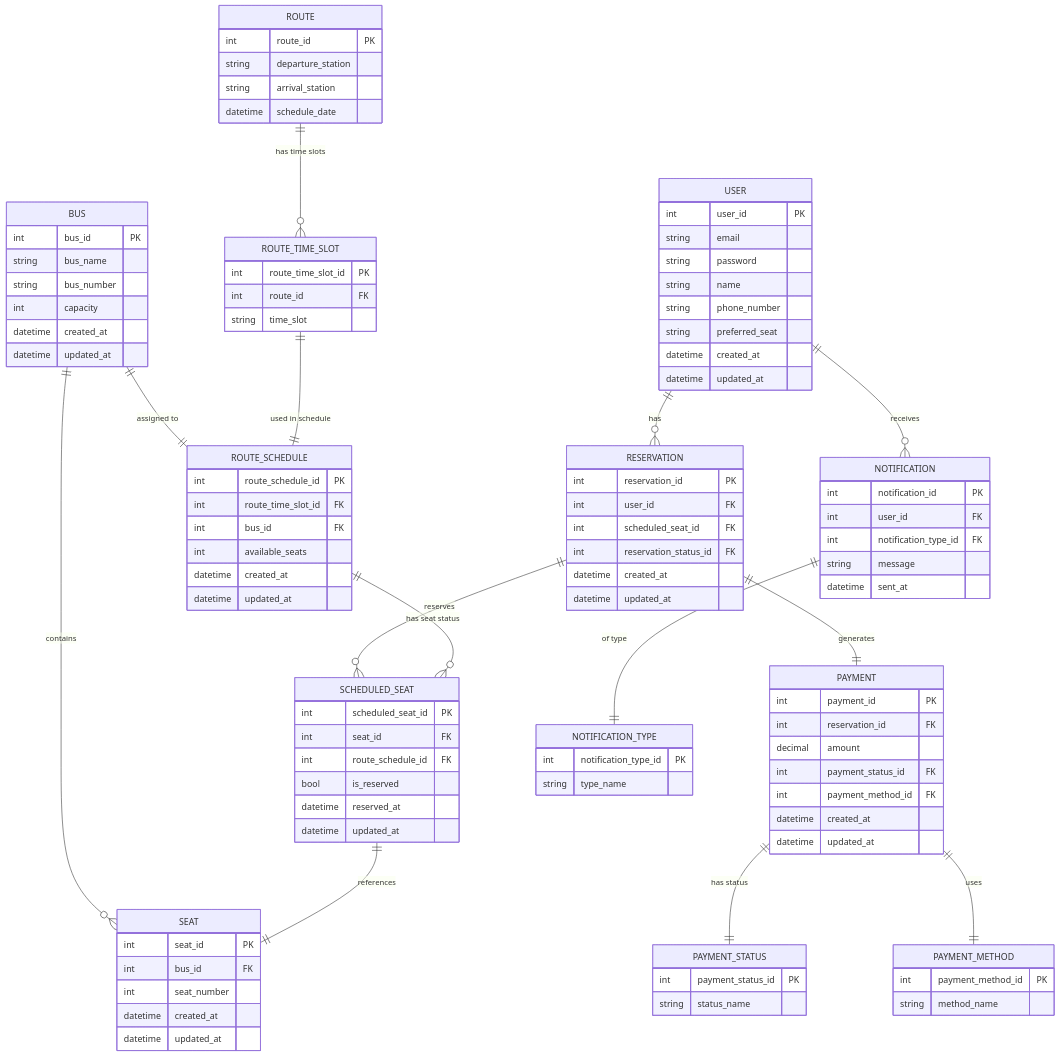
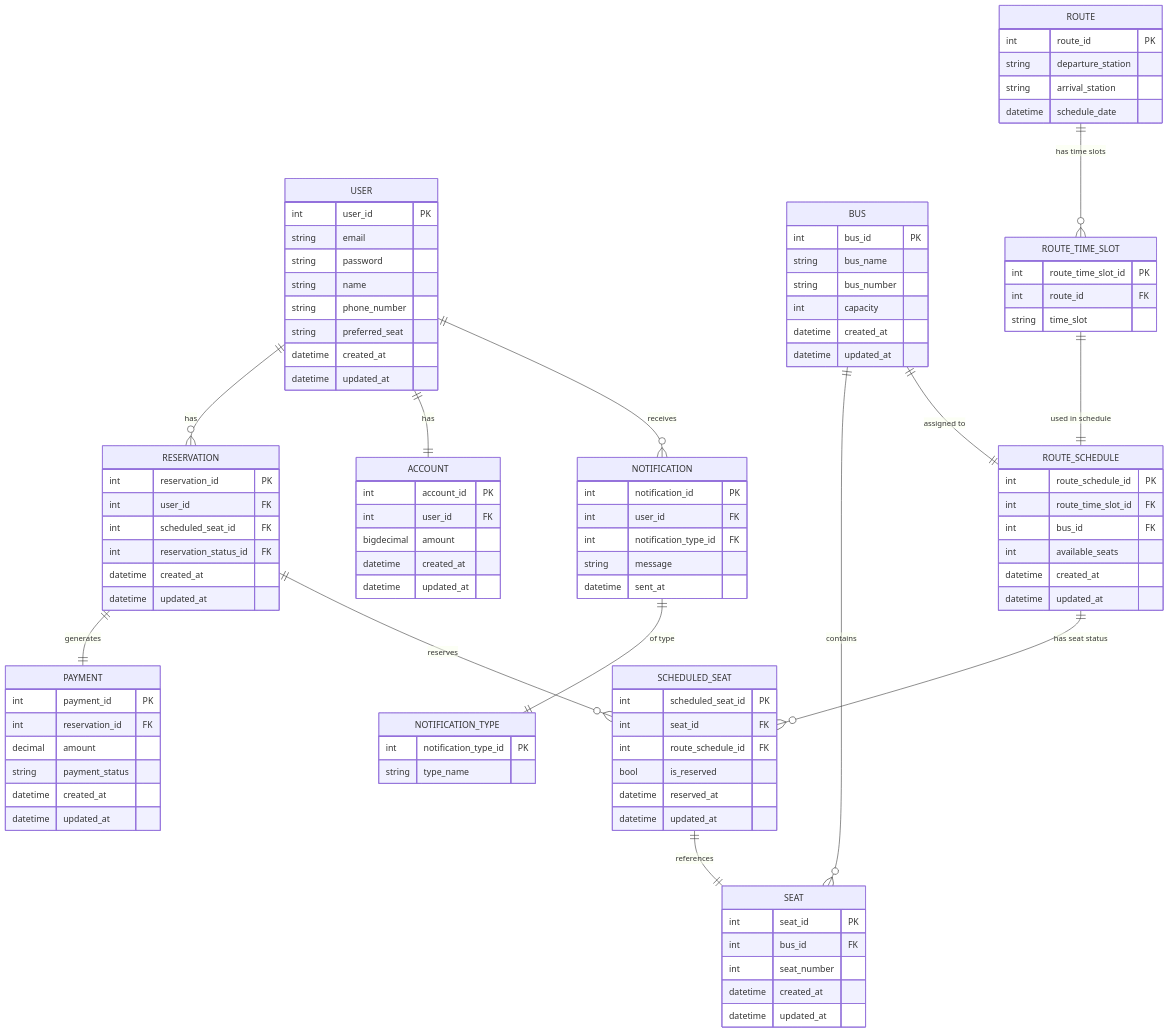
Before and after one commit to hsjni0110/ReservationSystem: the diagram in docs/ERD.md, drawn with Mermaid. The commit also changed 32 other files, not shown here.

```diff
--- a/docs/ERD.md
+++ b/docs/ERD.md
@@ -10,6 +10,14 @@
         string name
         string phone_number
         string preferred_seat
+        datetime created_at
+        datetime updated_at
+    }
+    
+    ACCOUNT {
+        int account_id PK
+        int user_id FK
+        bigdecimal amount
         datetime created_at
         datetime updated_at
     }
@@ -75,20 +83,9 @@
         int payment_id PK
         int reservation_id FK
         decimal amount
-        int payment_status_id FK
-        int payment_method_id FK
+        string payment_status
         datetime created_at
         datetime updated_at
-    }
-
-    PAYMENT_STATUS {
-        int payment_status_id PK
-        string status_name
-    }
-
-    PAYMENT_METHOD {
-        int payment_method_id PK
-        string method_name
     }
 
     NOTIFICATION {
@@ -105,10 +102,9 @@
     }
 
     USER ||--o{ RESERVATION : "has"
+    USER ||--|| ACCOUNT : "has"
     RESERVATION ||--|| PAYMENT : "generates"
     RESERVATION ||--o{ SCHEDULED_SEAT : "reserves"
-    PAYMENT ||--|| PAYMENT_STATUS : "has status"
-    PAYMENT ||--|| PAYMENT_METHOD : "uses"
     USER ||--o{ NOTIFICATION : "receives"
     NOTIFICATION ||--|| NOTIFICATION_TYPE : "of type"
     BUS ||--o{ SEAT : "contains"
```
